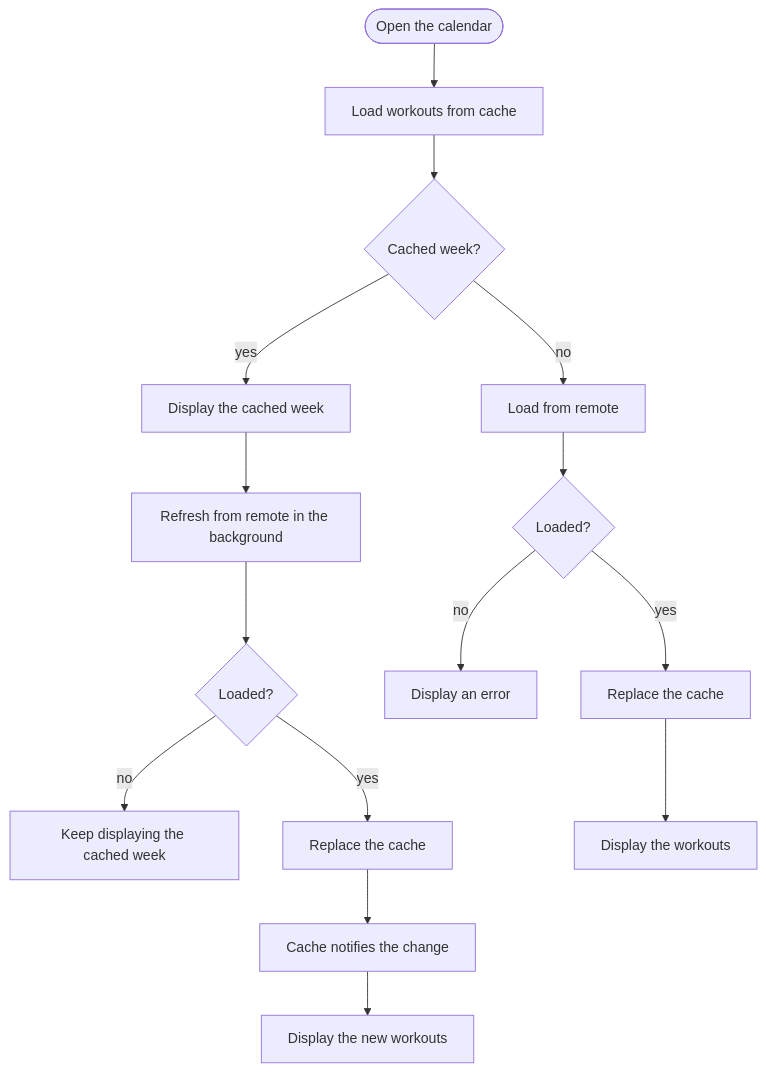
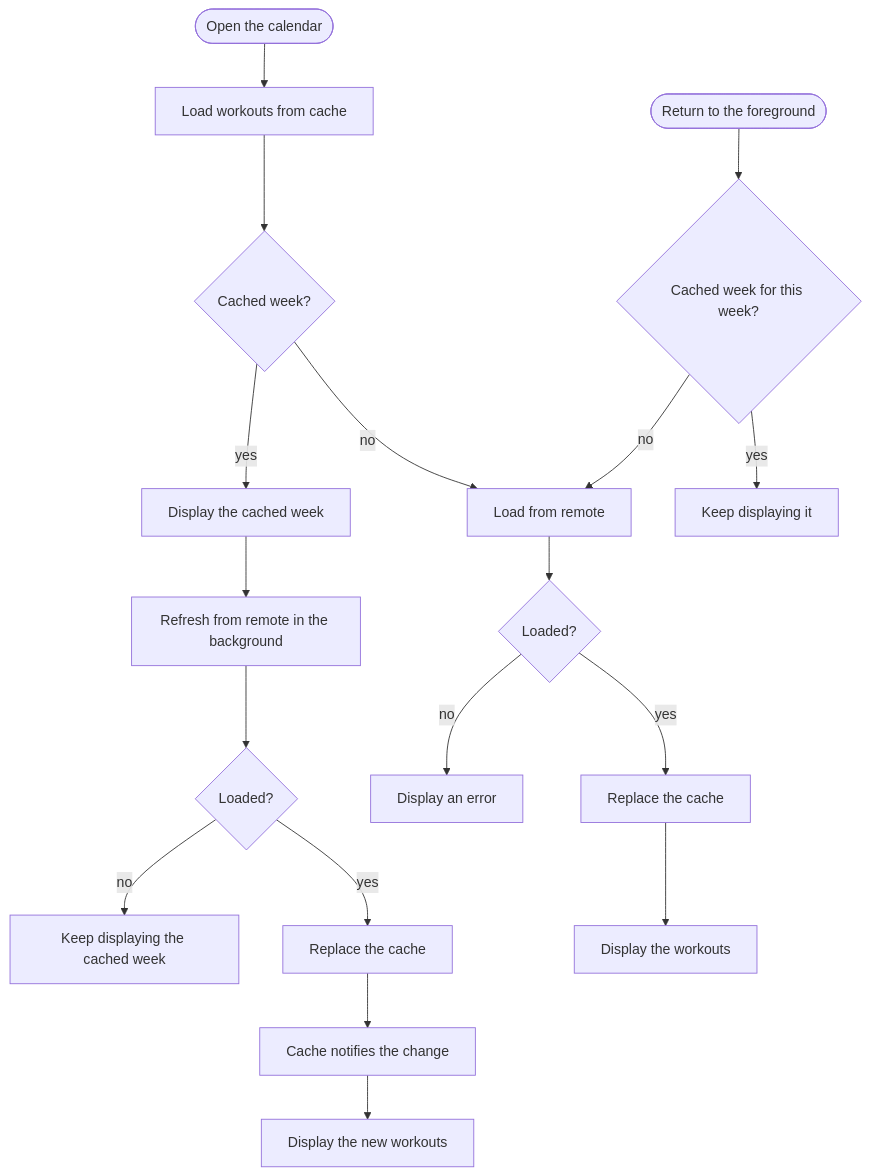
The first of 2 diagrams in README.md (tringuyen623/training-calendar), drawn with Mermaid before and after one commit. The commit also changed other lines of this file, not shown here.

Commit message:
Document that returning to the foreground loads the week again when there's no cached week for the current week

````diff
--- a/README.md
+++ b/README.md
@@ -284,14 +288,17 @@
 ```mermaid
 flowchart TD
     Open([Open the calendar]) --> Cache[Load workouts from cache]
     Cache --> HasCache{Cached week?}
     HasCache -- yes --> ShowCache[Display the cached week]
     ShowCache --> Refresh[Refresh from remote in the background]
     Refresh --> RefreshOk{Loaded?}
     RefreshOk -- no --> Keep[Keep displaying the cached week]
     RefreshOk -- yes --> Replace[Replace the cache] --> Notify[Cache notifies the change] --> Update[Display the new workouts]
     HasCache -- no --> Remote[Load from remote]
     Remote --> RemoteOk{Loaded?}
     RemoteOk -- no --> Error[Display an error]
     RemoteOk -- yes --> Save[Replace the cache] --> Show[Display the workouts]
+    Return([Return to the foreground]) --> Current{Cached week for this week?}
+    Current -- yes --> KeepShown[Keep displaying it]
+    Current -- no --> Remote
 ```
````
